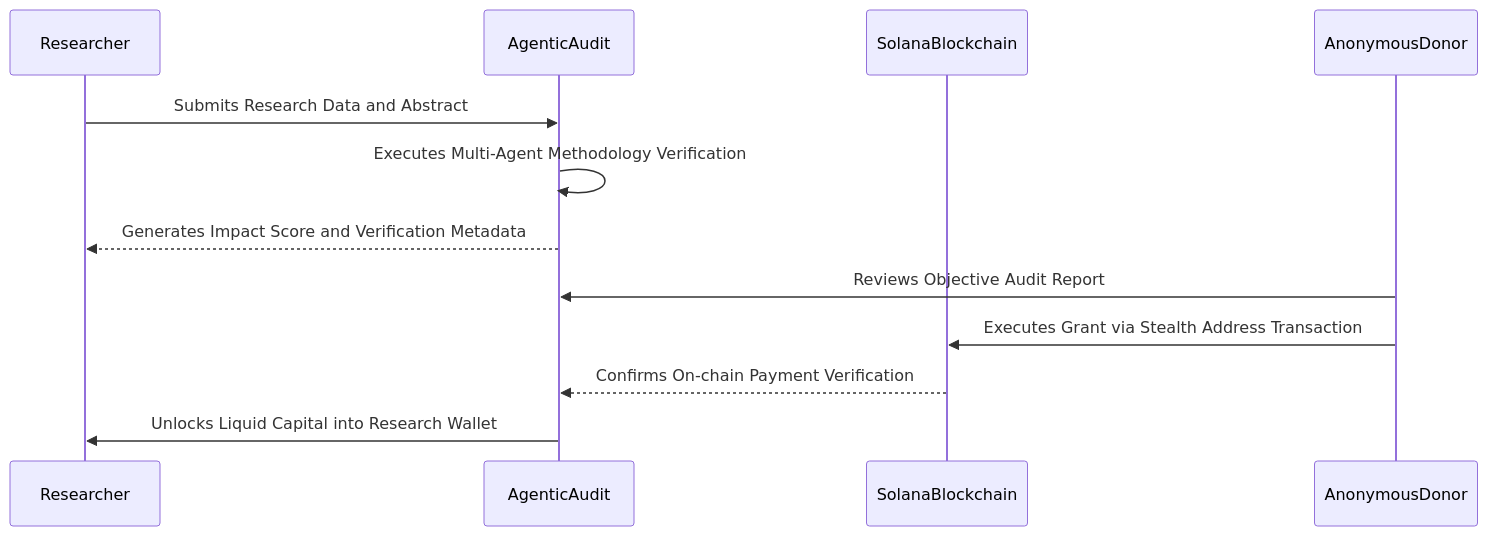
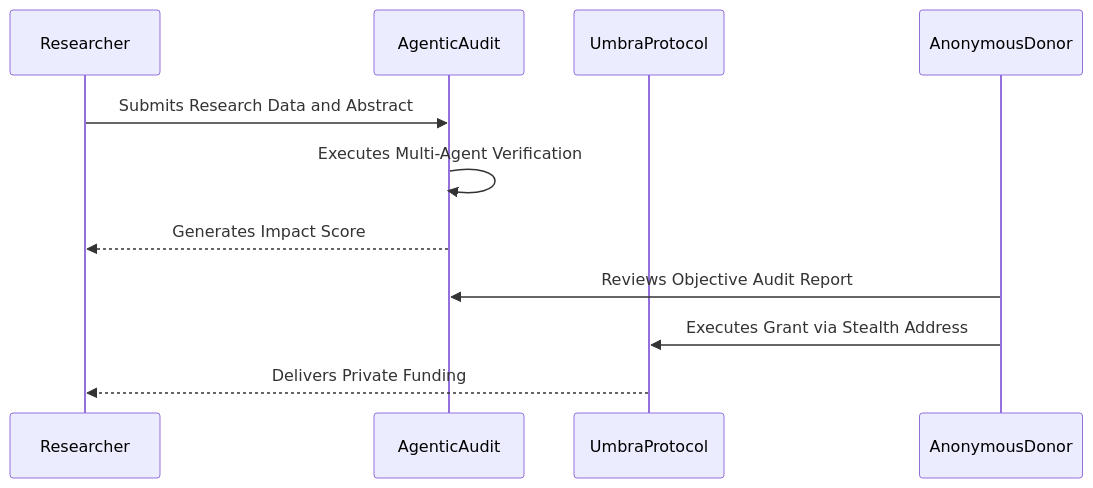
One commit to Joseph-hackathon/Biotry changed the diagram in README.md. Above: the diagram before and after it, drawn with Mermaid. The commit also changed other lines of this file and 17 other files, not shown here.

````diff
--- a/README.md
+++ b/README.md
@@ -63,15 +40,14 @@
 ```mermaid
 sequenceDiagram
     participant Researcher
     participant AgenticAudit
-    participant SolanaBlockchain
+    participant UmbraProtocol
     participant AnonymousDonor
 
     Researcher->>AgenticAudit: Submits Research Data and Abstract
-    AgenticAudit->>AgenticAudit: Executes Multi-Agent Methodology Verification
-    AgenticAudit-->>Researcher: Generates Impact Score and Verification Metadata
+    AgenticAudit->>AgenticAudit: Executes Multi-Agent Verification
+    AgenticAudit-->>Researcher: Generates Impact Score
     AnonymousDonor->>AgenticAudit: Reviews Objective Audit Report
-    AnonymousDonor->>SolanaBlockchain: Executes Grant via Stealth Address Transaction
-    SolanaBlockchain-->>AgenticAudit: Confirms On-chain Payment Verification
-    AgenticAudit->>Researcher: Unlocks Liquid Capital into Research Wallet
+    AnonymousDonor->>UmbraProtocol: Executes Grant via Stealth Address
+    UmbraProtocol-->>Researcher: Delivers Private Funding
 ```
````
